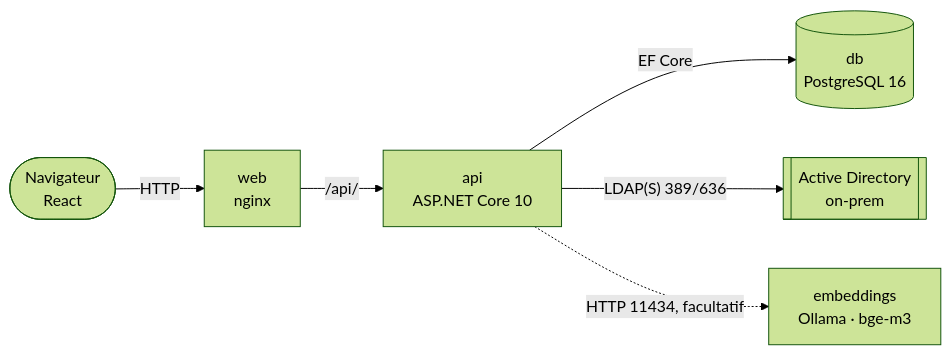
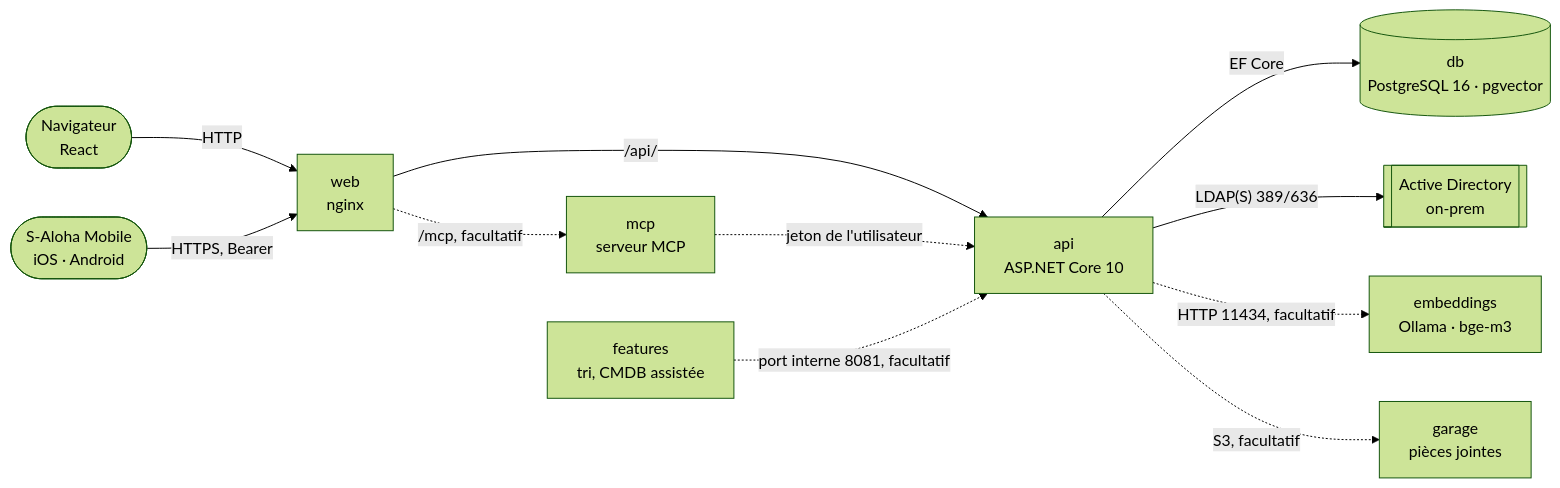
One commit to chrraj7/S-Aloha changed the first of 2 diagrams in docs/reference/architecture.md. Above: the diagram before and after it, drawn with Mermaid (forest theme). The commit also changed other lines of this file and 62 other files, not shown here.

````diff
--- a/docs/reference/architecture.md
+++ b/docs/reference/architecture.md
@@ -9,8 +9,13 @@
 ```mermaid
 flowchart LR
     U(["Navigateur<br/>React"]) -- HTTP --> W["web<br/>nginx"]
+    MO(["S-Aloha Mobile<br/>iOS · Android"]) -- "HTTPS, Bearer" --> W
     W -- "/api/" --> A["api<br/>ASP.NET Core 10"]
-    A -- "EF Core" --> D[("db<br/>PostgreSQL 16")]
+    W -. "/mcp, facultatif" .-> MC["mcp<br/>serveur MCP"]
+    MC -. "jeton de l'utilisateur" .-> A
+    F["features<br/>tri, CMDB assistée"] -. "port interne 8081, facultatif" .-> A
+    A -- "EF Core" --> D[("db<br/>PostgreSQL 16 · pgvector")]
     A -- "LDAP(S) 389/636" --> AD[["Active Directory<br/>on-prem"]]
     A -. "HTTP 11434, facultatif" .-> E["embeddings<br/>Ollama · bge-m3"]
+    A -. "S3, facultatif" .-> G["garage<br/>pièces jointes"]
 ```
````
